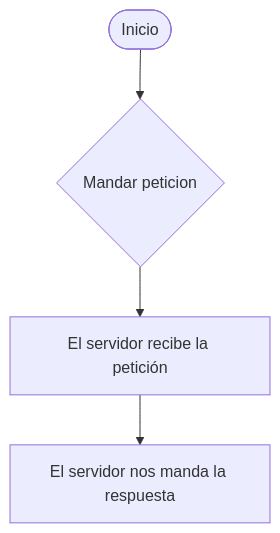
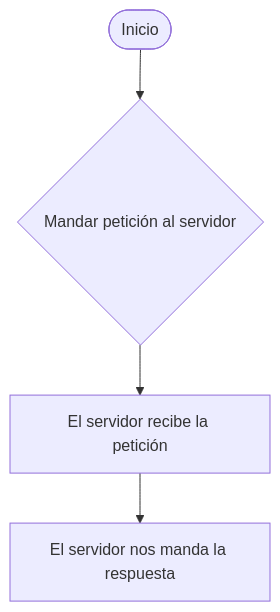
One commit to javy016/Clase changed the diagram in UT1/ut1-auditoria-tecnologica.md. Above: the diagram before and after it, drawn with Mermaid.

Commit message:
Update flowchart text for clarity in documentation

````diff
--- a/UT1/ut1-auditoria-tecnologica.md
+++ b/UT1/ut1-auditoria-tecnologica.md
@@ -8,6 +8,6 @@
 ```mermaid
 flowchart TB
-    A(["Inicio"]) --> B{"Mandar peticion"}
+    A(["Inicio"]) --> B{"Mandar petición al servidor"}
     B --> C["El servidor recibe la petición"]
     C --> n1["El servidor nos manda la respuesta"]
 ```
````
